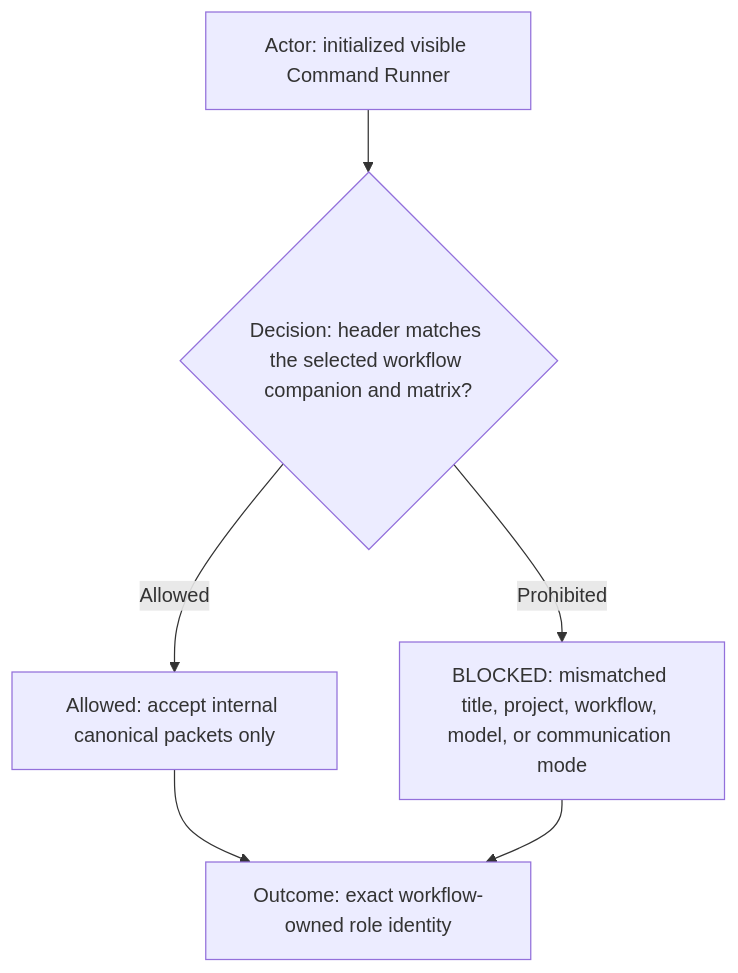
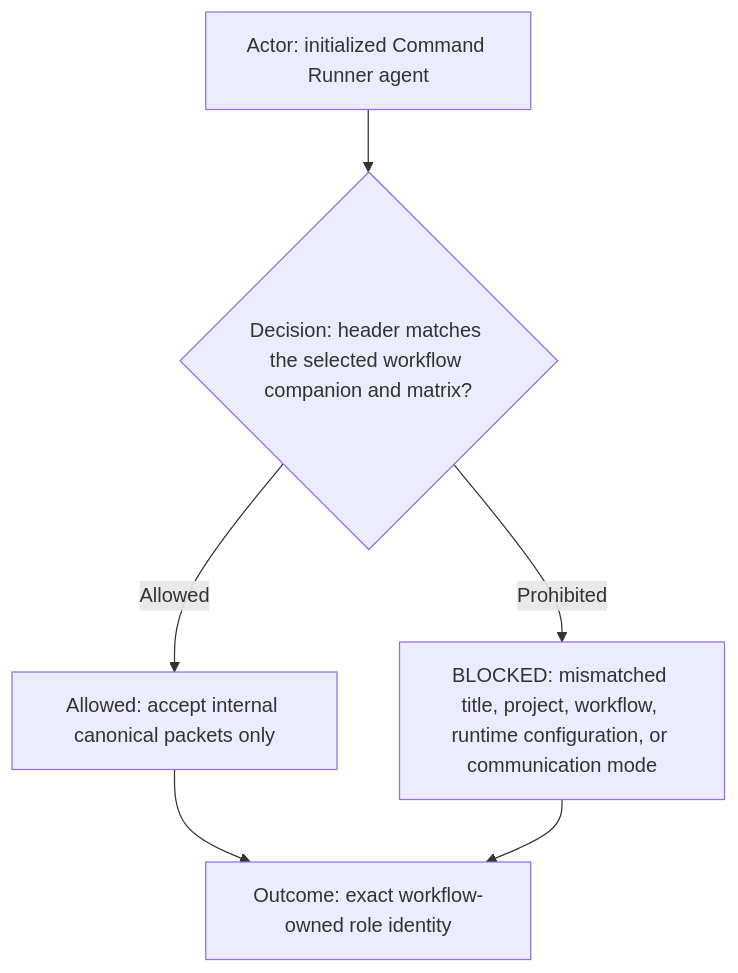
One commit to starodubtsevconsulting/ai-fleas changed the first of 9 diagrams in ai-workflows/_common/roles/command-runner.md. Above: the diagram before and after it, drawn with Mermaid. The commit also changed other lines of this file and 15 other files, not shown here.

````diff
--- a/ai-workflows/_common/roles/command-runner.md
+++ b/ai-workflows/_common/roles/command-runner.md
@@ -12,8 +12,8 @@
 ```mermaid
 flowchart TD
-  Actor["Actor: initialized visible Command Runner"] --> Decision{"Decision: header matches the selected workflow companion and matrix?"}
+  Actor["Actor: initialized Command Runner agent"] --> Decision{"Decision: header matches the selected workflow companion and matrix?"}
   Decision -->|Allowed| Route["Allowed: accept internal canonical packets only"]
-  Decision -->|Prohibited| Blocked["BLOCKED: mismatched title, project, workflow, model, or communication mode"]
+  Decision -->|Prohibited| Blocked["BLOCKED: mismatched title, project, workflow, runtime configuration, or communication mode"]
   Route --> Outcome["Outcome: exact workflow-owned role identity"]
   Blocked --> Outcome
 ```
````
